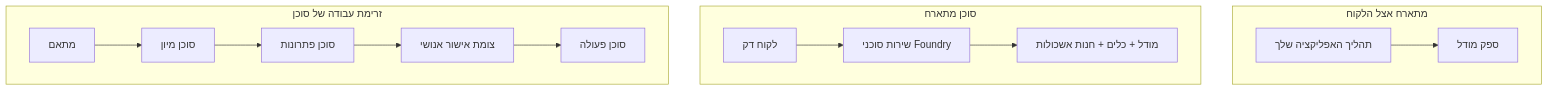
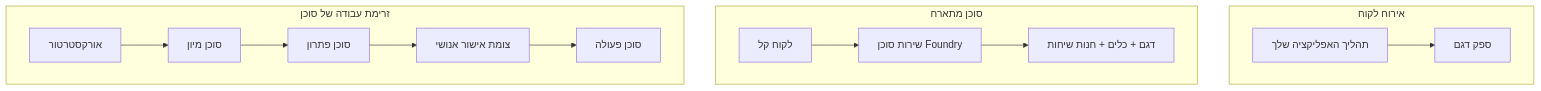
Before and after one commit to gabrielmoreira/agent-skills-mirror: the first of 4 diagrams in mirrors/repos/microsoft@ai-agents-for-beginners/translations/he/16-deploying-scalable-agents/README.md, drawn with Mermaid. The commit also changed other lines of this file and 3581 other files, not shown here.

````diff
--- a/mirrors/repos/microsoft@ai-agents-for-beginners/translations/he/16-deploying-scalable-agents/README.md
+++ b/mirrors/repos/microsoft@ai-agents-for-beginners/translations/he/16-deploying-scalable-agents/README.md
@@ -87,16 +87,16 @@
 ```mermaid
 flowchart TB
-    subgraph P1[מתארח אצל הלקוח]
-        A1[תהליך האפליקציה שלך] --> M1[ספק מודל]
+    subgraph P1[אירוח לקוח]
+        A1[תהליך האפליקציה שלך] --> M1[ספק דגם]
     end
     subgraph P2[סוכן מתארח]
-        A2[לקוח דק] --> F2[שירות סוכני Foundry]
-        F2 --> M2[מודל + כלים + חנות אשכולות]
+        A2[לקוח קל] --> F2[שירות סוכן Foundry]
+        F2 --> M2[דגם + כלים + חנות שיחות]
     end
     subgraph P3[זרימת עבודה של סוכן]
-        A3[מתאם] --> S1[סוכן מיון]
-        S1 --> S2[סוכן פתרונות]
+        A3[אורקסטרטור] --> S1[סוכן מיון]
+        S1 --> S2[סוכן פתרון]
         S2 --> H[צומת אישור אנושי]
         H --> S3[סוכן פעולה]
     end
 ```
````
